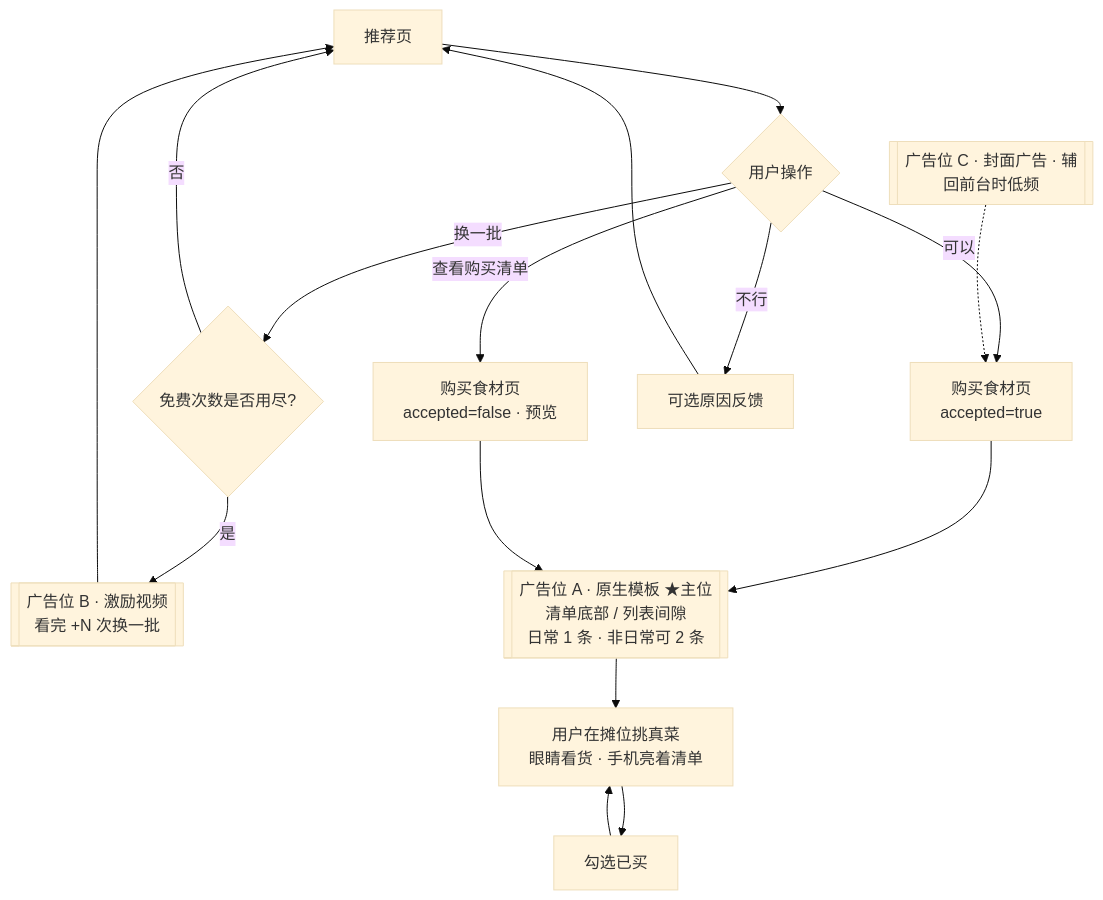
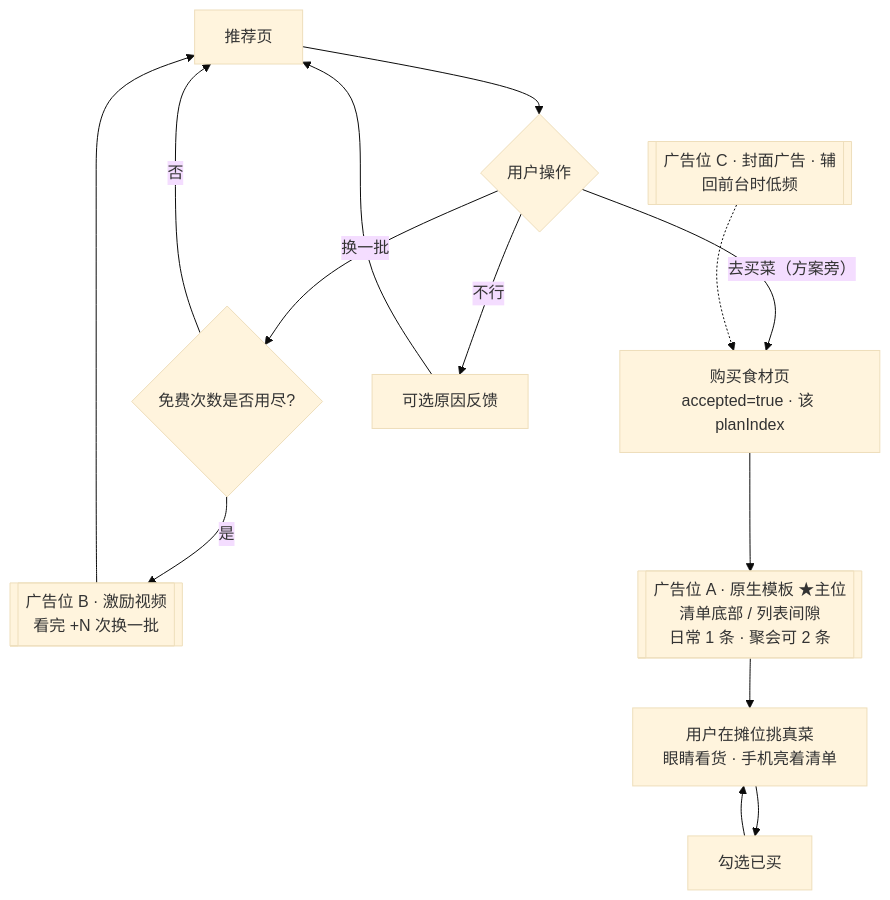
Before and after one commit to luonanqin/cookthis: the third of 6 diagrams in doc/需求流程图.md, drawn with Mermaid (base theme). The commit also changed other lines of this file and 108 other files, not shown here.

````diff
--- a/doc/需求流程图.md
+++ b/doc/需求流程图.md
@@ -68,19 +71,17 @@
 ```mermaid
 flowchart TD
   H[推荐页] --> Choice{用户操作}
-  Choice -->|可以| L1[购买食材页<br/>accepted=true]
-  Choice -->|查看购买清单| L0[购买食材页<br/>accepted=false · 预览]
+  Choice -->|去买菜（方案旁）| L1[购买食材页<br/>accepted=true · 该 planIndex]
   Choice -->|换一批| Limit{免费次数是否用尽?}
   Limit -->|否| H
   Limit -->|是| AD2
   AD2[["广告位 B · 激励视频<br/>看完 +N 次换一批"]] --> H
   Choice -->|不行| Reason[可选原因反馈] --> H
 
   L1 --> AD1
-  L0 --> AD1
-  AD1[["广告位 A · 原生模板 ★主位<br/>清单底部 / 列表间隙<br/>日常 1 条 · 非日常可 2 条"]]
+  AD1[["广告位 A · 原生模板 ★主位<br/>清单底部 / 列表间隙<br/>日常 1 条 · 聚会可 2 条"]]
   AD1 --> Buy[用户在摊位挑真菜<br/>眼睛看货 · 手机亮着清单]
   Buy --> Check[勾选已买] --> Buy
 
   Cover[["广告位 C · 封面广告 · 辅<br/>回前台时低频"]] -.-> L1
 ```
````
